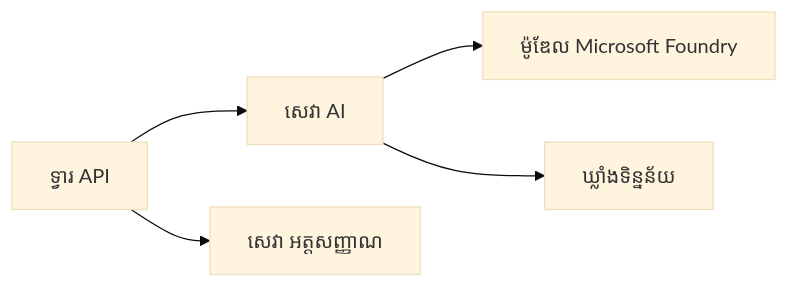
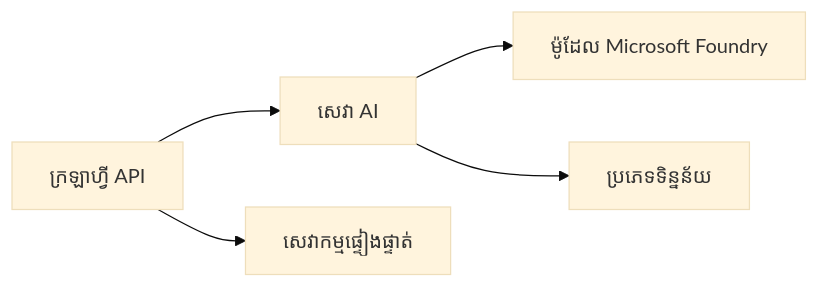
Before and after one commit to microsoft/AZD-for-beginners: the first of 2 diagrams in translations/km/docs/chapter-08-production/README.md, drawn with Mermaid (base theme). The commit also changed other lines of this file and 20 other files, not shown here.

````diff
--- a/translations/km/docs/chapter-08-production/README.md
+++ b/translations/km/docs/chapter-08-production/README.md
@@ -48,6 +48,6 @@
 ```mermaid
 graph LR
-    Gateway[ទ្វារ API] --> AI[សេវា AI] --> Models[ម៉ូឌែល Microsoft Foundry]
-    Gateway --> Auth[សេវា អត្តសញ្ញាណ]
-    AI --> Data[ឃ្លាំងទិន្នន័យ]
+    Gateway[ក្រឡាហ្វី API] --> AI[សេវា AI] --> Models[ម៉ូដែល Microsoft Foundry]
+    Gateway --> Auth[សេវាកម្មផ្ទៀងផ្ទាត់]
+    AI --> Data[ប្រភេទទិន្នន័យ]
 ```
````
